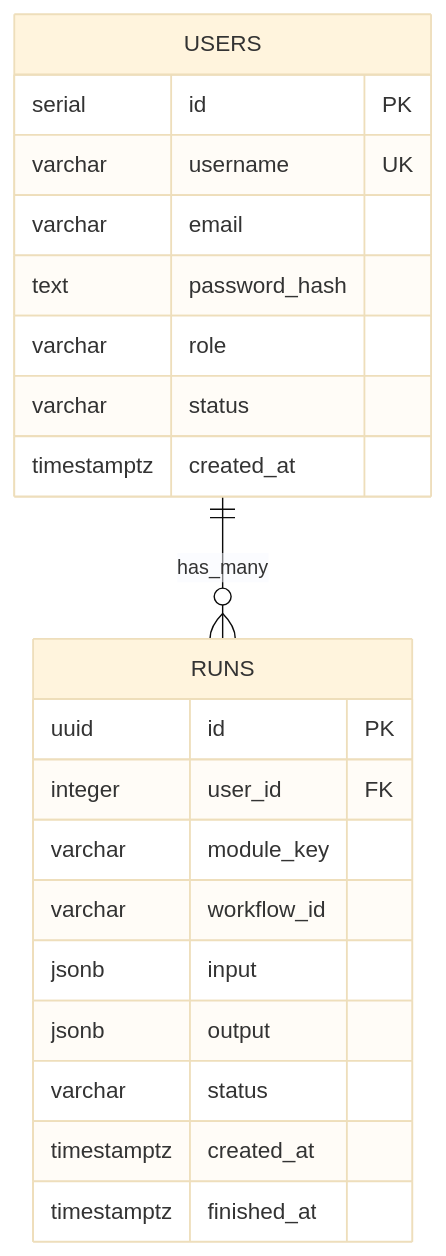
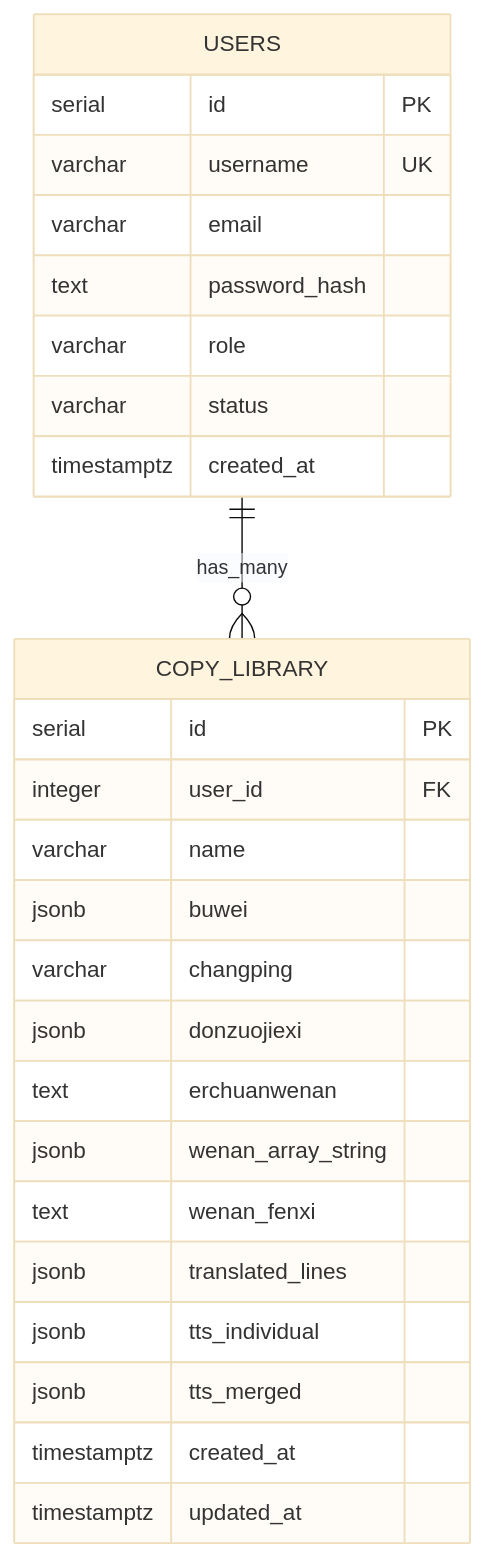
One commit to hanksd769-droid/sailshub changed the ninth of 13 diagrams in .qoder/repowiki/zh/content/前端组件架构/页面组件/混剪功能页面.md. Above: the diagram before and after it, drawn with Mermaid (base theme). The commit also changed other lines of this file and 6 other files, not shown here.

````diff
--- a/.qoder/repowiki/zh/content/前端组件架构/页面组件/混剪功能页面.md
+++ b/.qoder/repowiki/zh/content/前端组件架构/页面组件/混剪功能页面.md
@@ -341,24 +477,29 @@
 ```mermaid
 erDiagram
 USERS {
 serial id PK
 varchar username UK
 varchar email
 text password_hash
 varchar role
 varchar status
 timestamptz created_at
 }
-RUNS {
-uuid id PK
+COPY_LIBRARY {
+serial id PK
 integer user_id FK
-varchar module_key
-varchar workflow_id
-jsonb input
-jsonb output
-varchar status
+varchar name
+jsonb buwei
+varchar changping
+jsonb donzuojiexi
+text erchuanwenan
+jsonb wenan_array_string
+text wenan_fenxi
+jsonb translated_lines
+jsonb tts_individual
+jsonb tts_merged
 timestamptz created_at
-timestamptz finished_at
+timestamptz updated_at
 }
-USERS ||--o{ RUNS : "has_many"
+USERS ||--o{ COPY_LIBRARY : "has_many"
 ```
````
